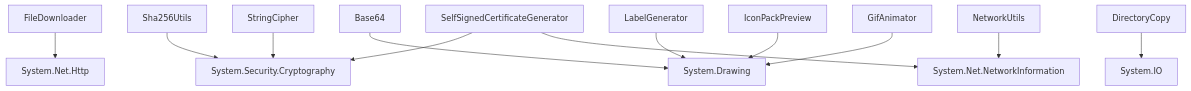
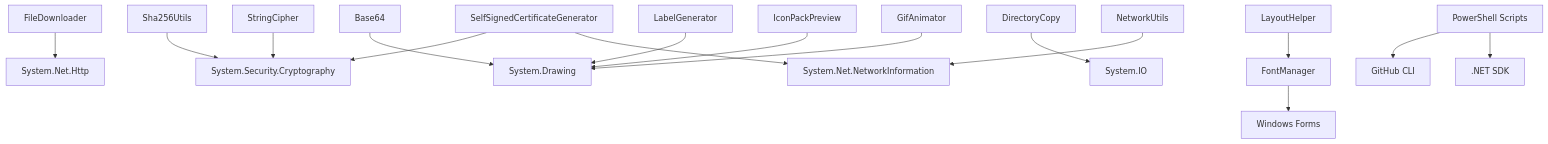
One commit to tea4go/Macro-Deck changed diagram 19 of 19 in .qoder/repowiki/zh/content/工具类库/工具类库.md. Above: the diagram before and after it, drawn with Mermaid. The commit also changed other lines of this file and 63 other files, not shown here.

````diff
--- a/.qoder/repowiki/zh/content/工具类库/工具类库.md
+++ b/.qoder/repowiki/zh/content/工具类库/工具类库.md
@@ -593,14 +757,18 @@
 ```mermaid
 graph TB
 FD["FileDownloader"] --> HTTP["System.Net.Http"]
 SC["StringCipher"] --> CR["System.Security.Cryptography"]
 SHA["Sha256Utils"] --> CR
 GA["GifAnimator"] --> DG["System.Drawing"]
 IC["IconPackPreview"] --> DG
 LB["LabelGenerator"] --> DG
 BC["Base64"] --> DG
 DC["DirectoryCopy"] --> IO["System.IO"]
 NC["NetworkUtils"] --> NI["System.Net.NetworkInformation"]
 SEC["SelfSignedCertificateGenerator"] --> NI
 SEC --> CR
+FM["FontManager"] --> WF["Windows Forms"]
+LH["LayoutHelper"] --> FM
+PS["PowerShell Scripts"] --> DOTNET[".NET SDK"]
+PS --> GH["GitHub CLI"]
 ```
````
